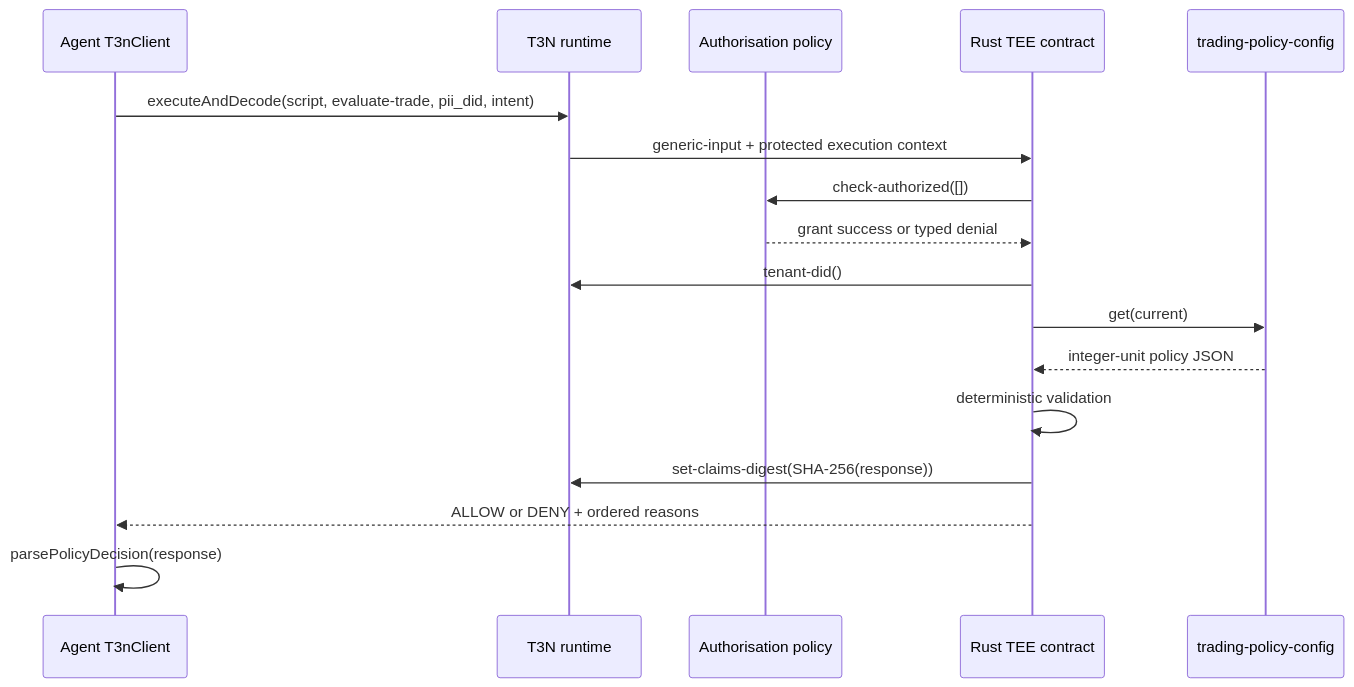
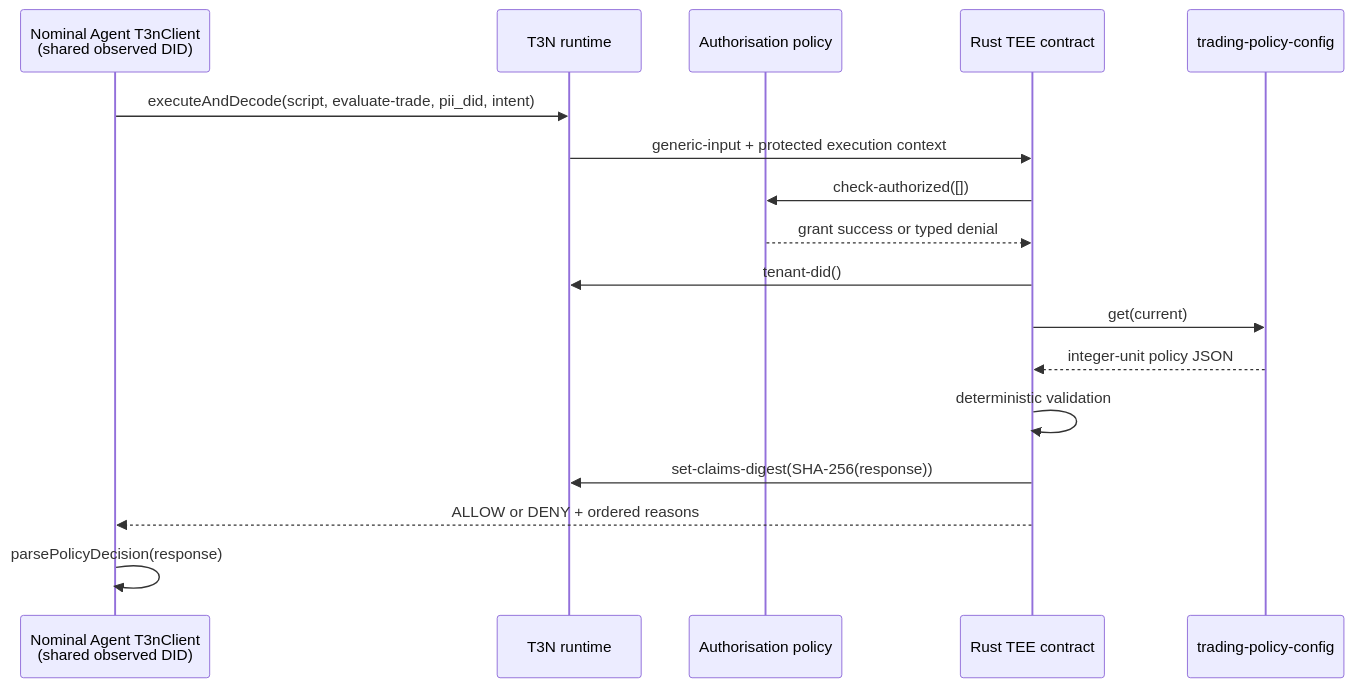
The second of 2 diagrams in docs/ARCHITECTURE.md (zhaofeipeter/secure-trading-policy-agent), drawn with Mermaid before and after one commit. The commit also changed other lines of this file and 8 other files, not shown here.

````diff
--- a/docs/ARCHITECTURE.md
+++ b/docs/ARCHITECTURE.md
@@ -52,20 +54,20 @@
 ```mermaid
 sequenceDiagram
-    participant Agent as Agent T3nClient
+    participant Agent as Nominal Agent T3nClient<br/>(shared observed DID)
     participant T3N as T3N runtime
     participant Auth as Authorisation policy
     participant Contract as Rust TEE contract
     participant KV as trading-policy-config
 
     Agent->>T3N: executeAndDecode(script, evaluate-trade, pii_did, intent)
     T3N->>Contract: generic-input + protected execution context
     Contract->>Auth: check-authorized([])
     Auth-->>Contract: grant success or typed denial
     Contract->>T3N: tenant-did()
     Contract->>KV: get(current)
     KV-->>Contract: integer-unit policy JSON
     Contract->>Contract: deterministic validation
     Contract->>T3N: set-claims-digest(SHA-256(response))
     Contract-->>Agent: ALLOW or DENY + ordered reasons
     Agent->>Agent: parsePolicyDecision(response)
 ```
````
